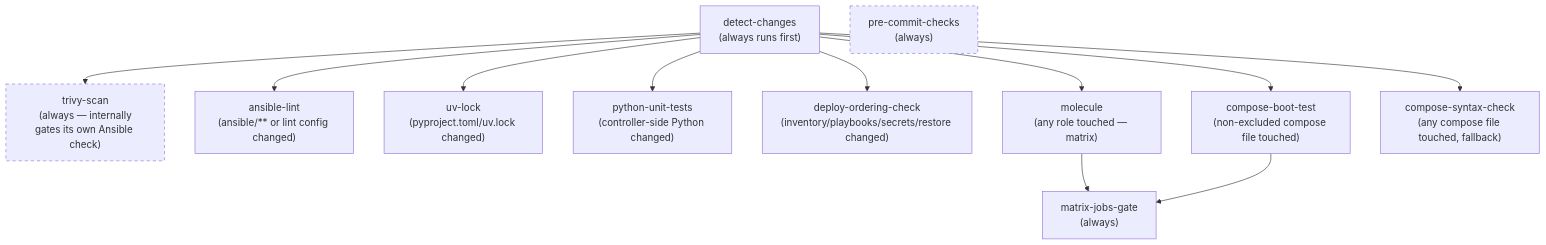
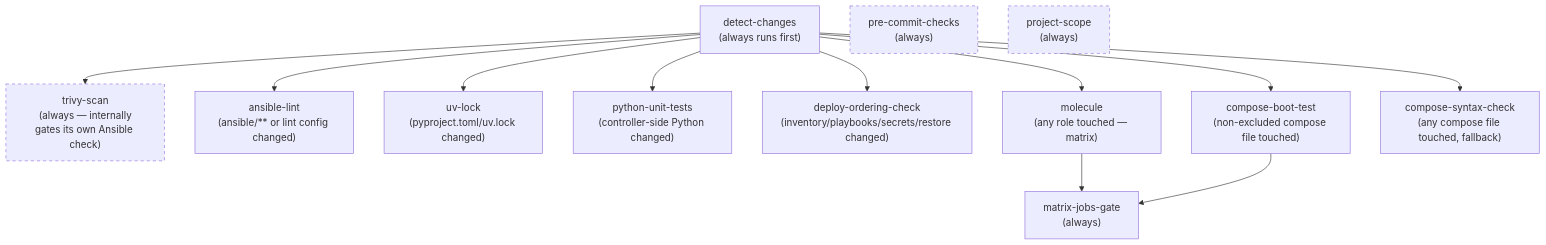
One commit to wenenhoe/homelab changed the diagram in docs/ci.md. Above: the diagram before and after it, drawn with Mermaid. The commit also changed other lines of this file and 13 other files, not shown here.

Commit message:
feat: Add allowed paths project scope check

````diff
--- a/docs/ci.md
+++ b/docs/ci.md
@@ -79,22 +80,24 @@
 ```mermaid
 flowchart TD
     detect["detect-changes<br/>(always runs first)"]
     precommit["pre-commit-checks<br/>(always)"]
+    scope["project-scope<br/>(always)"]
     trivy["trivy-scan<br/>(always — internally<br/>gates its own Ansible check)"]
     lint["ansible-lint<br/>(ansible/** or lint config changed)"]
     uvlock["uv-lock<br/>(pyproject.toml/uv.lock changed)"]
     pytest["python-unit-tests<br/>(controller-side Python changed)"]
     deployorder["deploy-ordering-check<br/>(inventory/playbooks/secrets/restore changed)"]
     molecule["molecule<br/>(any role touched — matrix)"]
     boottest["compose-boot-test<br/>(non-excluded compose file touched)"]
     synchk["compose-syntax-check<br/>(any compose file touched, fallback)"]
     gate["matrix-jobs-gate<br/>(always)"]
 
     detect --> lint & uvlock & pytest & deployorder & molecule & boottest & synchk
     detect --> trivy
     molecule --> gate
     boottest --> gate
 
     style precommit stroke-dasharray: 5 5
+    style scope stroke-dasharray: 5 5
     style trivy stroke-dasharray: 5 5
 ```
````
